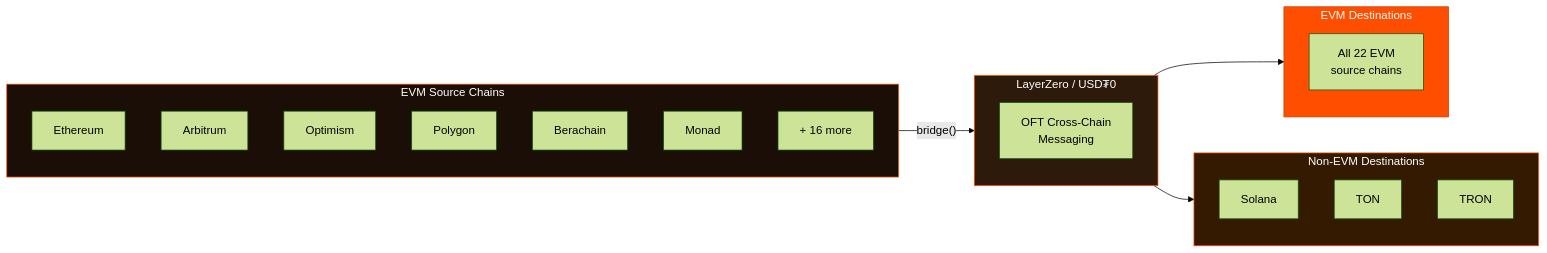
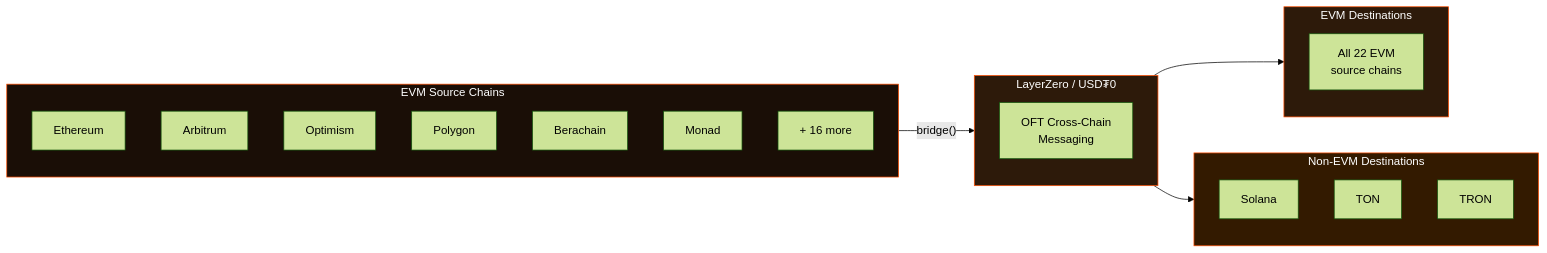
One commit to gatteo/wdk-docs changed the diagram in sdk/bridge-modules/bridge-usdt0-evm/README.md. Above: the diagram before and after it, drawn with Mermaid (forest theme). The commit also changed 16 other files, not shown here.

Commit message:
docs: replace all primary orange backgrounds with dark tones in diagrams

````diff
--- a/sdk/bridge-modules/bridge-usdt0-evm/README.md
+++ b/sdk/bridge-modules/bridge-usdt0-evm/README.md
@@ -38,39 +38,39 @@
 ```mermaid
 graph LR
     subgraph Sources["EVM Source Chains"]
         direction TB
         ETH["Ethereum"]
         ARB["Arbitrum"]
         OPT["Optimism"]
         POLY["Polygon"]
         BERA["Berachain"]
         MONAD["Monad"]
         MORE1["+ 16 more"]
     end
 
     subgraph Bridge["LayerZero / USD₮0"]
         direction TB
         LZ["OFT Cross-Chain\nMessaging"]
     end
 
     subgraph EVM_Dest["EVM Destinations"]
         direction TB
         D1["All 22 EVM\nsource chains"]
     end
 
     subgraph NonEVM["Non-EVM Destinations"]
         direction TB
         SOL["Solana"]
         TON["TON"]
         TRON["TRON"]
     end
 
     Sources -->|"bridge()"| Bridge
     Bridge --> EVM_Dest
     Bridge --> NonEVM
 
     style Sources fill:#1a0e06,stroke:#FF4E00,color:#fff
     style Bridge fill:#2d1a0a,stroke:#FF4E00,color:#fff
-    style EVM_Dest fill:#FF4E00,stroke:#cc3e00,color:#fff
+    style EVM_Dest fill:#2d1a0a,stroke:#FF4E00,color:#fff
     style NonEVM fill:#331a00,stroke:#FF4E00,color:#fff
 ```
````
